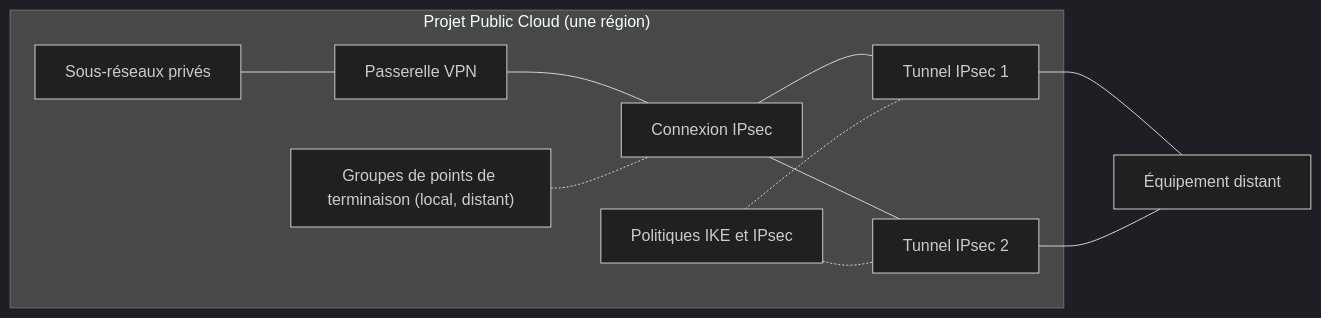
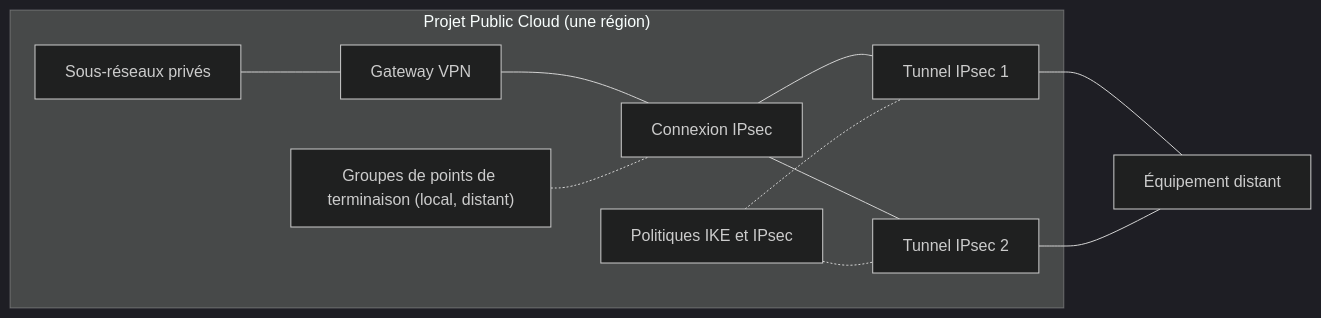
The diagram in docs/fr/guides/public-cloud/network-services/site-to-site-vpn-getting-started.mdx (ovh/ovhcloud-docs), drawn with Mermaid (dark theme) before and after one commit. The commit also changed other lines of this file and 3 other files, not shown here.

````diff
--- a/docs/fr/guides/public-cloud/network-services/site-to-site-vpn-getting-started.mdx
+++ b/docs/fr/guides/public-cloud/network-services/site-to-site-vpn-getting-started.mdx
@@ -35,22 +35,22 @@
 ```mermaid
 flowchart LR
     subgraph project["Projet Public Cloud (une région)"]
         subnets["Sous-réseaux privés"]
-        gw["Passerelle VPN"]
+        gw["Gateway VPN"]
         conn["Connexion IPsec"]
         t1["Tunnel IPsec 1"]
         t2["Tunnel IPsec 2"]
         eg["Groupes de points de terminaison (local, distant)"]
         pol["Politiques IKE et IPsec"]
     end
     remote["Équipement distant"]
     subnets --- gw
     gw --- conn
     conn --- t1
     conn --- t2
     eg -.- conn
     pol -.- t1
     pol -.- t2
     t1 --- remote
     t2 --- remote
 ```
````
